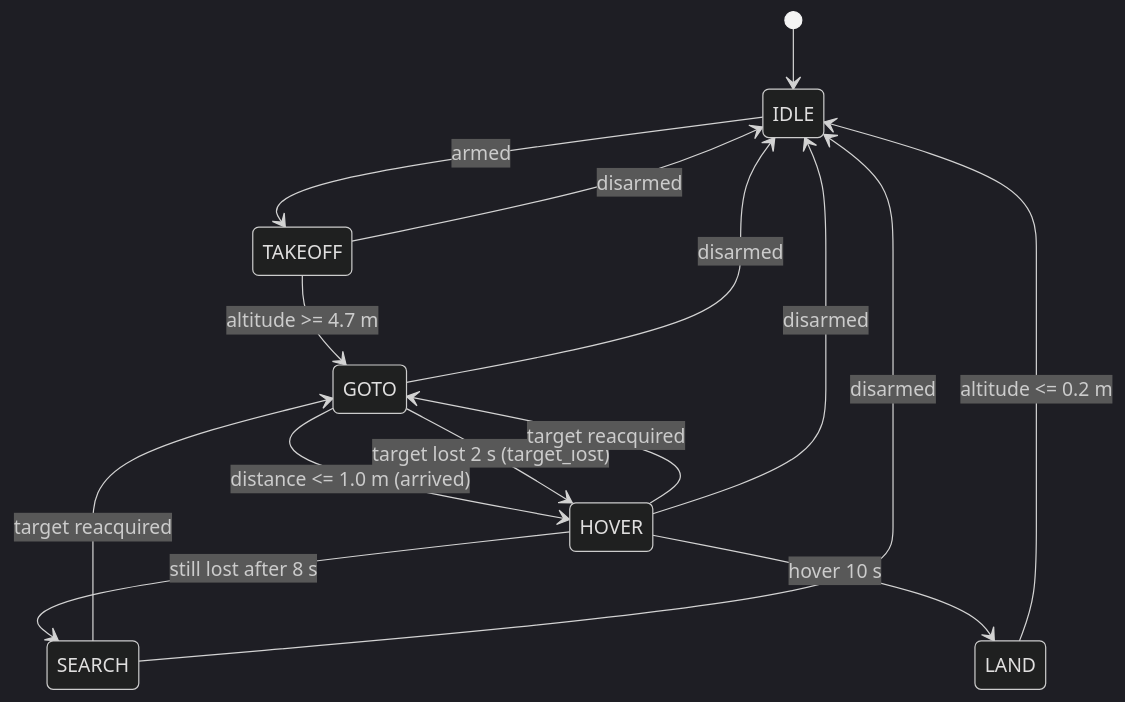
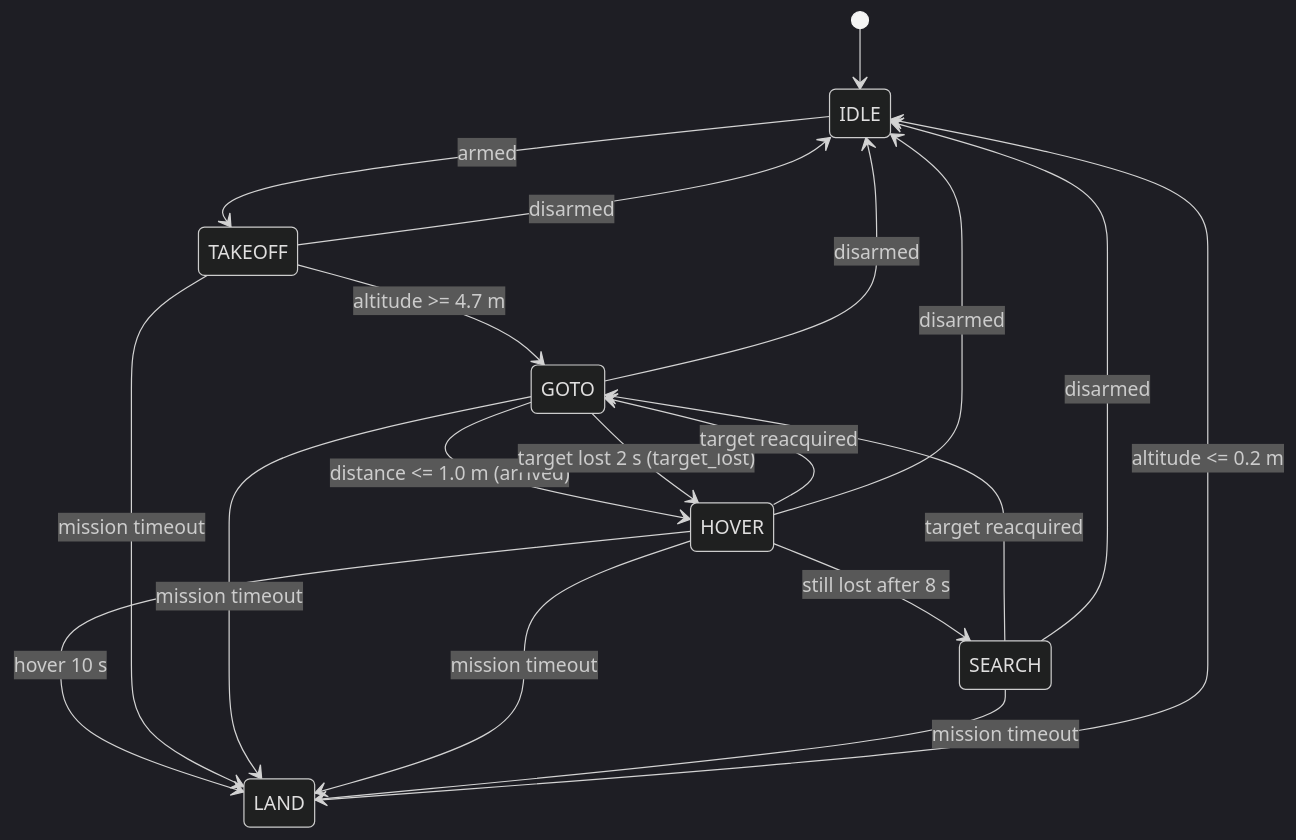
The second of 2 diagrams in docs/architecture.md (wuuu854-boop/uav-yolo-offboard-tracking), drawn with Mermaid (dark theme) before and after one commit. The commit also changed other lines of this file and 5 other files, not shown here.

````diff
--- a/docs/architecture.md
+++ b/docs/architecture.md
@@ -72,17 +72,21 @@
 ```mermaid
 stateDiagram-v2
   [*] --> IDLE
   IDLE --> TAKEOFF: armed
   TAKEOFF --> GOTO: altitude >= 4.7 m
   GOTO --> HOVER: distance <= 1.0 m (arrived)
   GOTO --> HOVER: target lost 2 s (target_lost)
   HOVER --> GOTO: target reacquired
   HOVER --> SEARCH: still lost after 8 s
   SEARCH --> GOTO: target reacquired
   HOVER --> LAND: hover 10 s
   LAND --> IDLE: altitude <= 0.2 m
   TAKEOFF --> IDLE: disarmed
   GOTO --> IDLE: disarmed
   HOVER --> IDLE: disarmed
   SEARCH --> IDLE: disarmed
+  TAKEOFF --> LAND: mission timeout
+  GOTO --> LAND: mission timeout
+  HOVER --> LAND: mission timeout
+  SEARCH --> LAND: mission timeout
 ```
````
